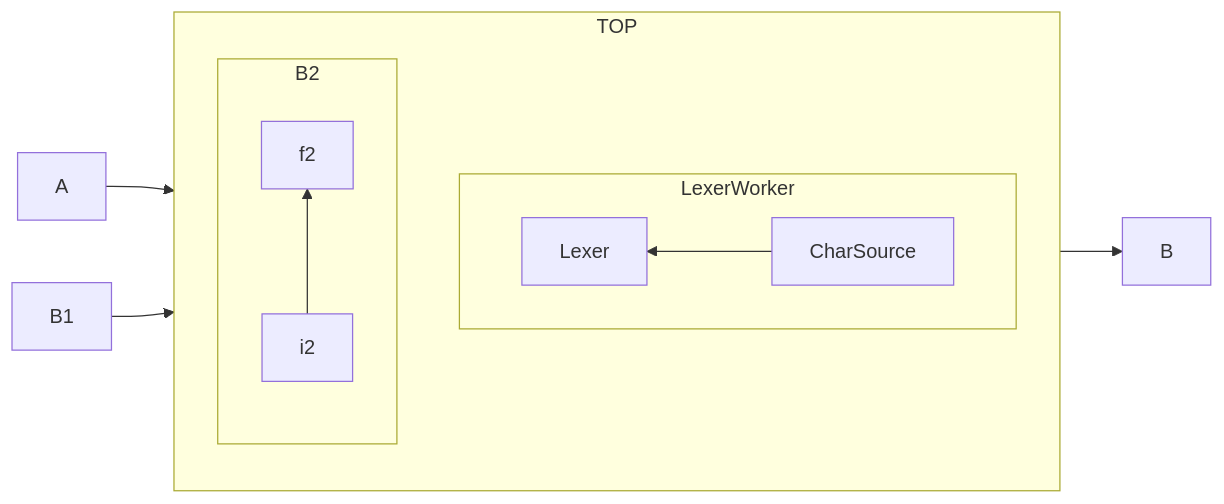
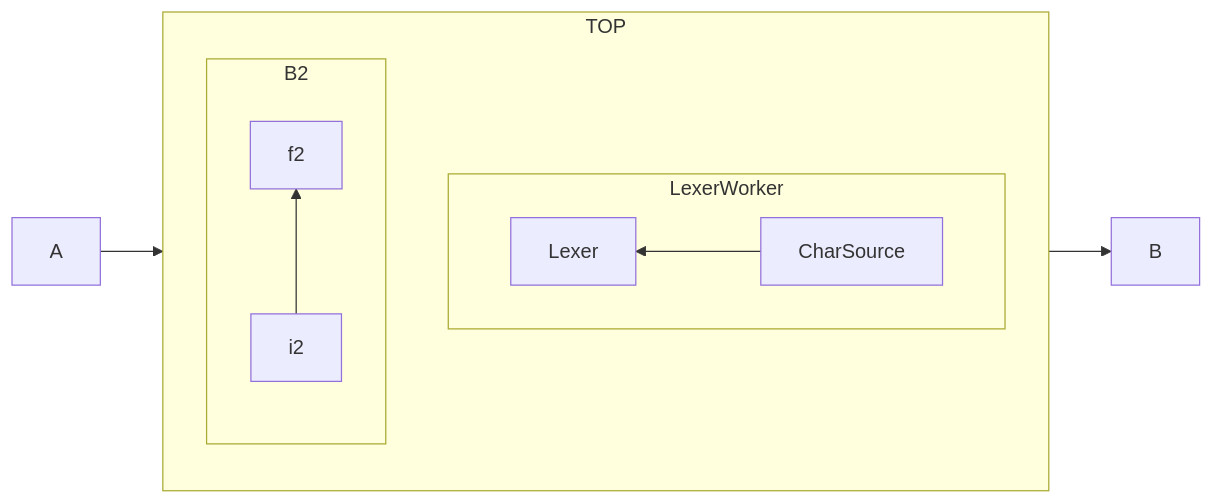
The diagram in README.md (Ramzeeset/Expression-Parser), drawn with Mermaid before and after one commit.

````diff
--- a/README.md
+++ b/README.md
@@ -7,16 +7,15 @@
 ```mermaid
 flowchart LR
   subgraph TOP
     direction TB
     subgraph LexerWorker
         direction RL
         CharSource-->Lexer
     end
     subgraph B2
         direction BT
         i2 -->f2
     end
   end
   A --> TOP --> B
-  B1 --> B2
 ```
````
